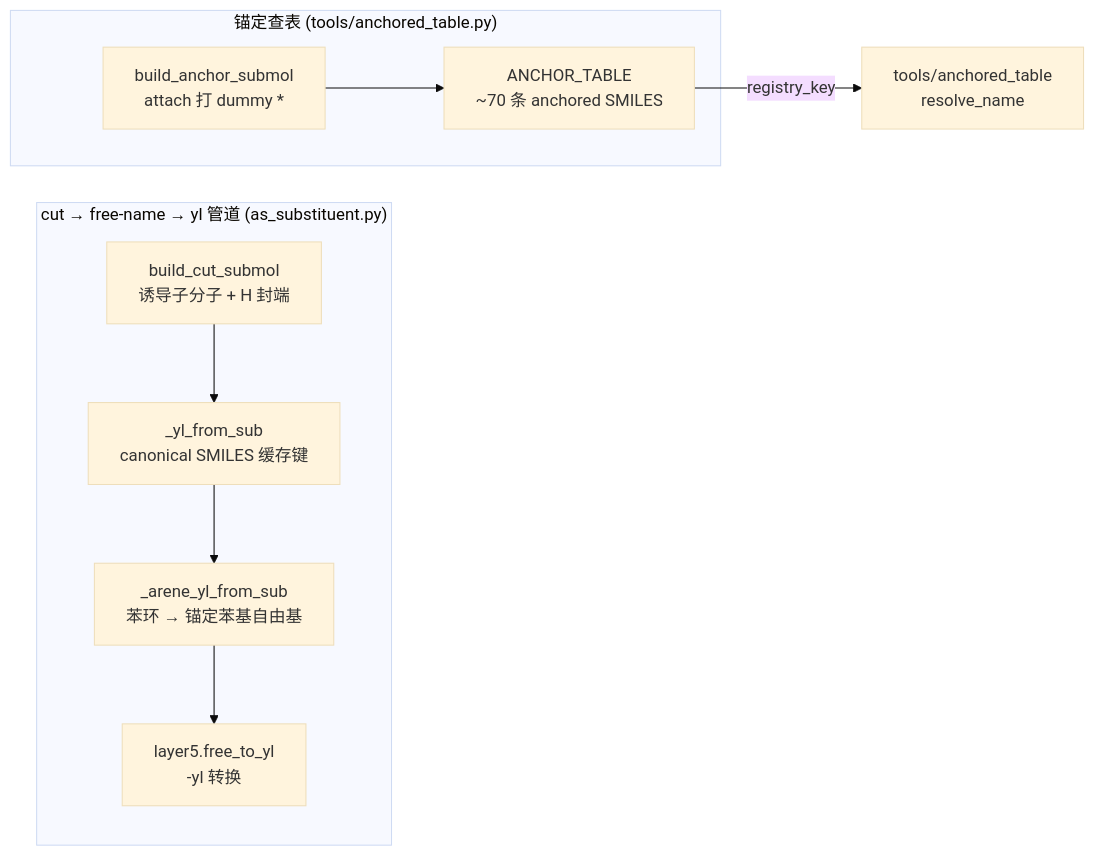
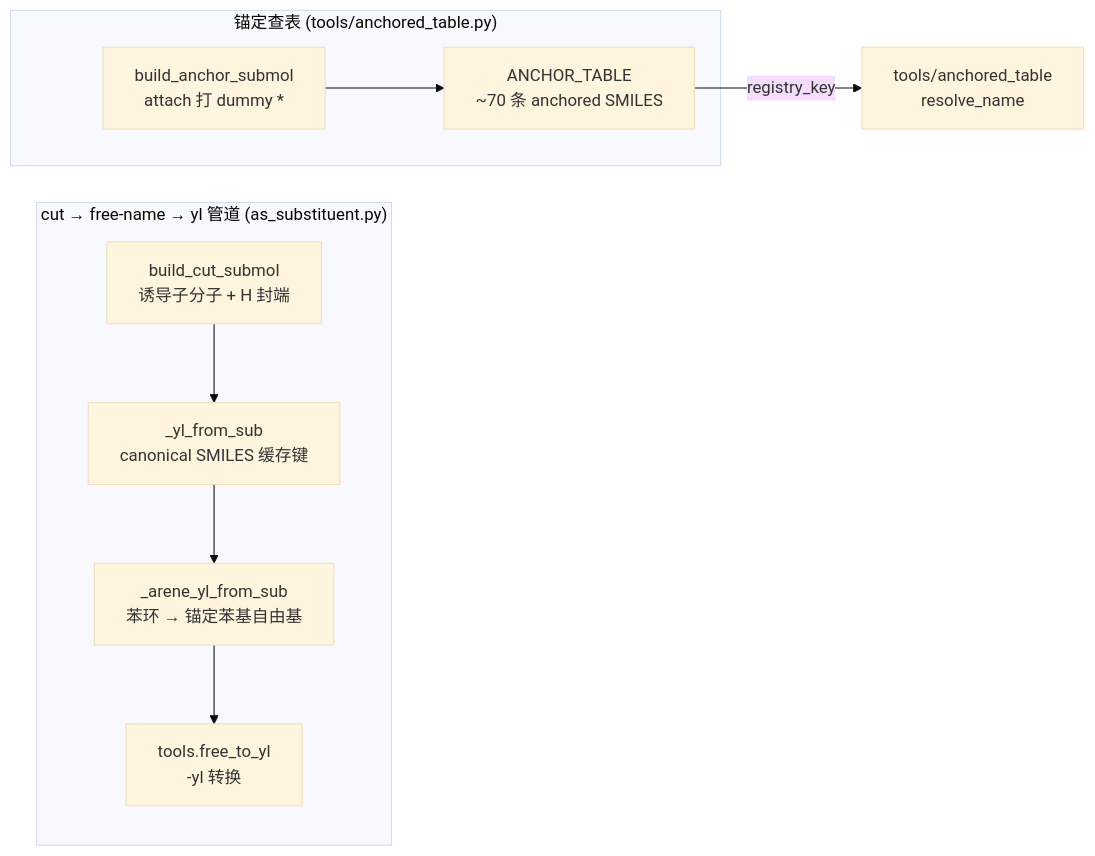
Before and after one commit to zouxiaofei1/OpenSMILES: the second of 2 diagrams in docs/wiki/architecture/layer3-substituents.md, drawn with Mermaid (base theme). The commit also changed other lines of this file and 8 other files, not shown here.

````diff
--- a/docs/wiki/architecture/layer3-substituents.md
+++ b/docs/wiki/architecture/layer3-substituents.md
@@ -184,20 +184,20 @@
 ```mermaid
 flowchart LR
     subgraph CUT["cut → free-name → yl 管道 (as_substituent.py)"]
         BC["build_cut_submol<br/>诱导子分子 + H 封端"]
         YL["_yl_from_sub<br/>canonical SMILES 缓存键"]
         ARENE["_arene_yl_from_sub<br/>苯环 → 锚定苯基自由基"]
-        FY["layer5.free_to_yl<br/>-yl 转换"]
+        FY["tools.free_to_yl<br/>-yl 转换"]
     end
 
     subgraph ANCHOR["锚定查表 (tools/anchored_table.py)"]
         BA["build_anchor_submol<br/>attach 打 dummy *"]
         AT["ANCHOR_TABLE<br/>~70 条 anchored SMILES"]
     end
 
     BC --> YL
     YL --> ARENE
     ARENE --> FY
     BA --> AT
     AT -->|"registry_key"| REG["tools/anchored_table<br/>resolve_name"]
 ```
````
